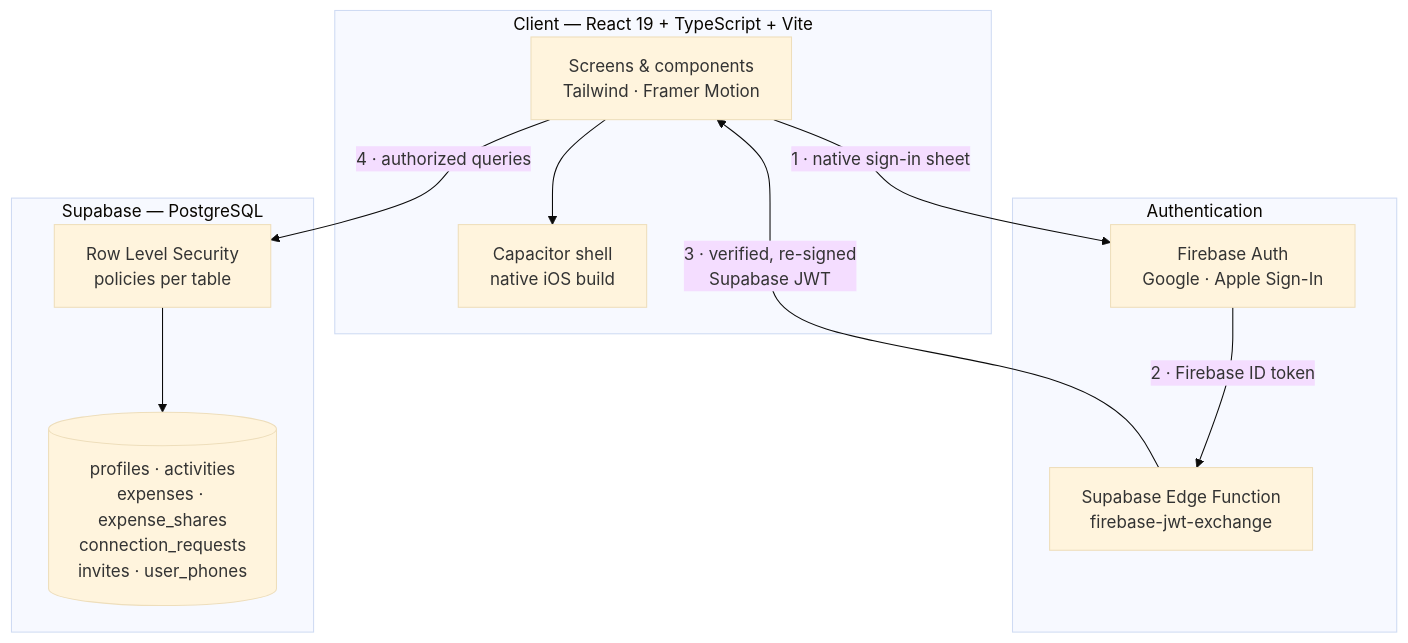
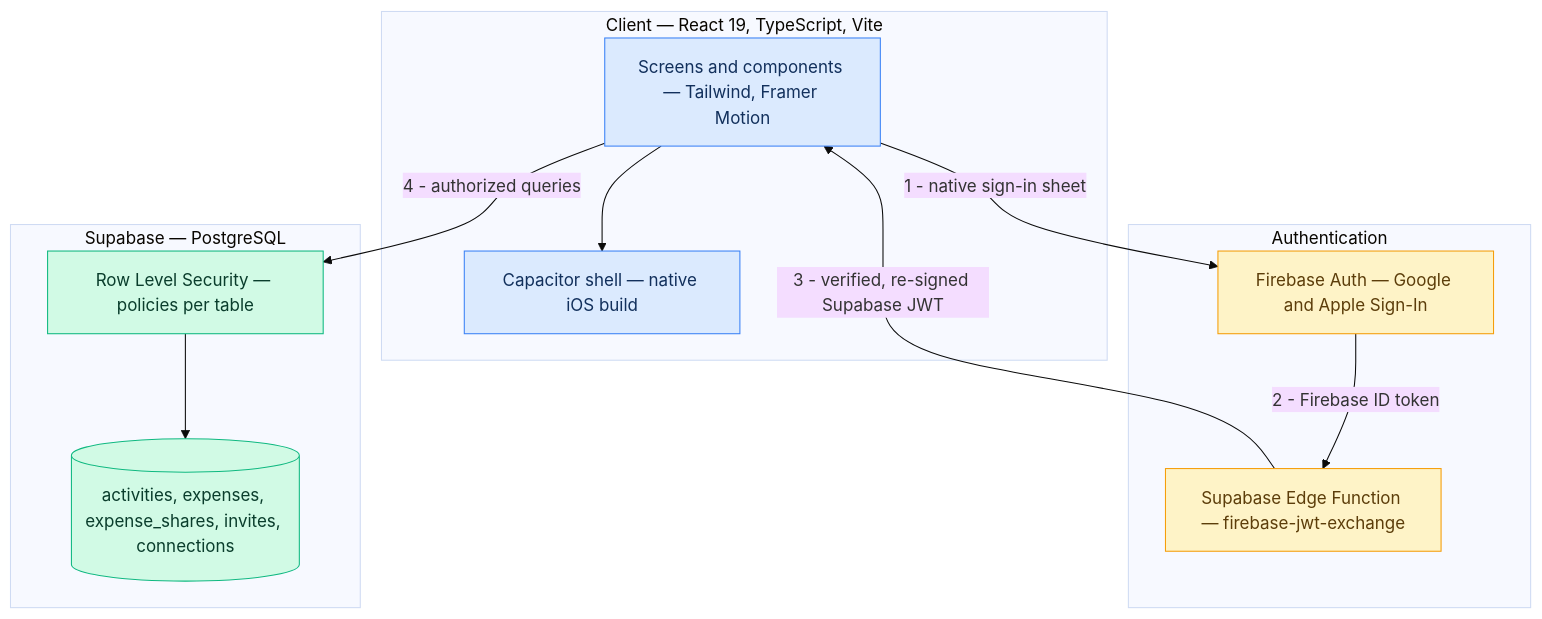
The diagram in togethertab.md (PrachiBhopatkar/PrachiBhopatkar), drawn with Mermaid (base theme) before and after one commit.

Commit message:
Fix diagram legibility: explicit node colors, drop stripped br tags
Claude-Session: https://claude.ai/code/session_012oq2b37GZJmZQNfUqtUp2e

````diff
--- a/togethertab.md
+++ b/togethertab.md
@@ -27,24 +27,32 @@
 ```mermaid
 flowchart TB
-    subgraph client["Client — React 19 + TypeScript + Vite"]
-        UI["Screens & components<br/>Tailwind · Framer Motion"]
-        CAP["Capacitor shell<br/>native iOS build"]
+    subgraph client["Client — React 19, TypeScript, Vite"]
+        UI["Screens and components — Tailwind, Framer Motion"]
+        CAP["Capacitor shell — native iOS build"]
     end
 
     subgraph auth["Authentication"]
-        FB["Firebase Auth<br/>Google · Apple Sign-In"]
-        EF["Supabase Edge Function<br/>firebase-jwt-exchange"]
+        FB["Firebase Auth — Google and Apple Sign-In"]
+        EF["Supabase Edge Function — firebase-jwt-exchange"]
     end
 
     subgraph data["Supabase — PostgreSQL"]
-        RLS["Row Level Security<br/>policies per table"]
-        DB[("profiles · activities<br/>expenses · expense_shares<br/>connection_requests<br/>invites · user_phones")]
+        RLS["Row Level Security — policies per table"]
+        DB[("activities, expenses, expense_shares, invites, connections")]
     end
 
     UI --> CAP
-    UI -->|"1 · native sign-in sheet"| FB
-    FB -->|"2 · Firebase ID token"| EF
-    EF -->|"3 · verified, re-signed<br/>Supabase JWT"| UI
-    UI -->|"4 · authorized queries"| RLS
+    UI -->|"1 - native sign-in sheet"| FB
+    FB -->|"2 - Firebase ID token"| EF
+    EF -->|"3 - verified, re-signed Supabase JWT"| UI
+    UI -->|"4 - authorized queries"| RLS
     RLS --> DB
+
+    classDef clientNode fill:#dbeafe,stroke:#3b82f6,stroke-width:1px,color:#12305c
+    classDef authNode fill:#fef3c7,stroke:#f59e0b,stroke-width:1px,color:#5c3d0a
+    classDef dataNode fill:#d1fae5,stroke:#10b981,stroke-width:1px,color:#0a3d2c
+
+    class UI,CAP clientNode
+    class FB,EF authNode
+    class RLS,DB dataNode
 ```
````
